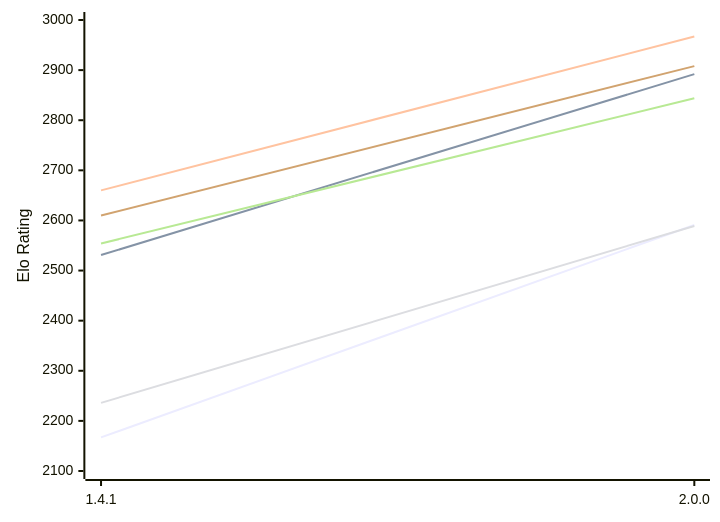
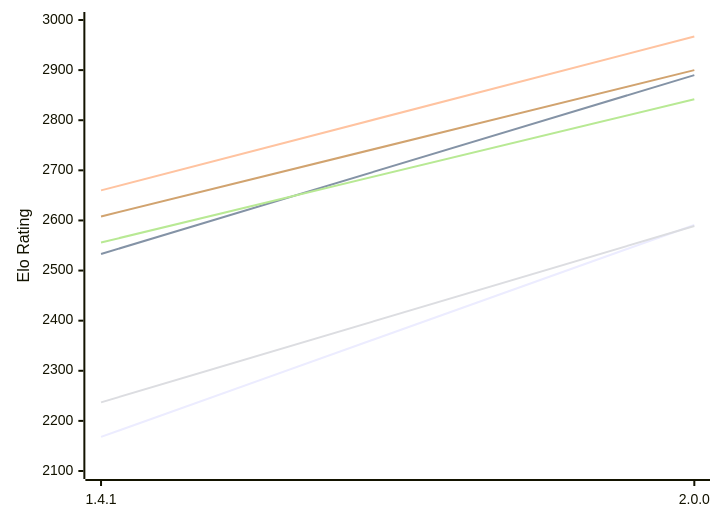
One commit to computer-chess-index/cci changed the first of 2 diagrams in engines/Chal.md. Above: the diagram before and after it, drawn with Mermaid. The commit also changed other lines of this file, not shown here.

Commit message:
Update CCI Ratings (ELO VLTC) - 2026-11-19

````diff
--- a/engines/Chal.md
+++ b/engines/Chal.md
@@ -55,12 +55,12 @@
 ```mermaid
 %%{init: {"theme":"base","themeVariables":{"seriesColors:['#a3a3a3','#222221','#faa371']}}}%%
 xychart-beta
   x-axis ["1.4.1", "2.0.0"]
   y-axis "Elo Rating" 2100 --> 3000
-  line "E1: STC (8.0+0.08s)" [2167, 2591]
-  line "E1: LTC (60.0+0.60s)" [2531, 2892]
+  line "E1: STC (8.0+0.08s)" [2168, 2591]
+  line "E1: LTC (60.0+0.60s)" [2533, 2890]
   line "E1: VLTC (2m24s+1.12s)" [2660, 2967]
-  line "P1: STC (8.0+0.08s)" [2236, 2589]
-  line "P1: LTC (60.0+0.60s)" [2554, 2844]
-  line "P1: VLTC (2m24s+1.12s)" [2610, 2908]
+  line "P1: STC (8.0+0.08s)" [2237, 2589]
+  line "P1: LTC (60.0+0.60s)" [2556, 2842]
+  line "P1: VLTC (2m24s+1.12s)" [2608, 2900]
 ```
````
